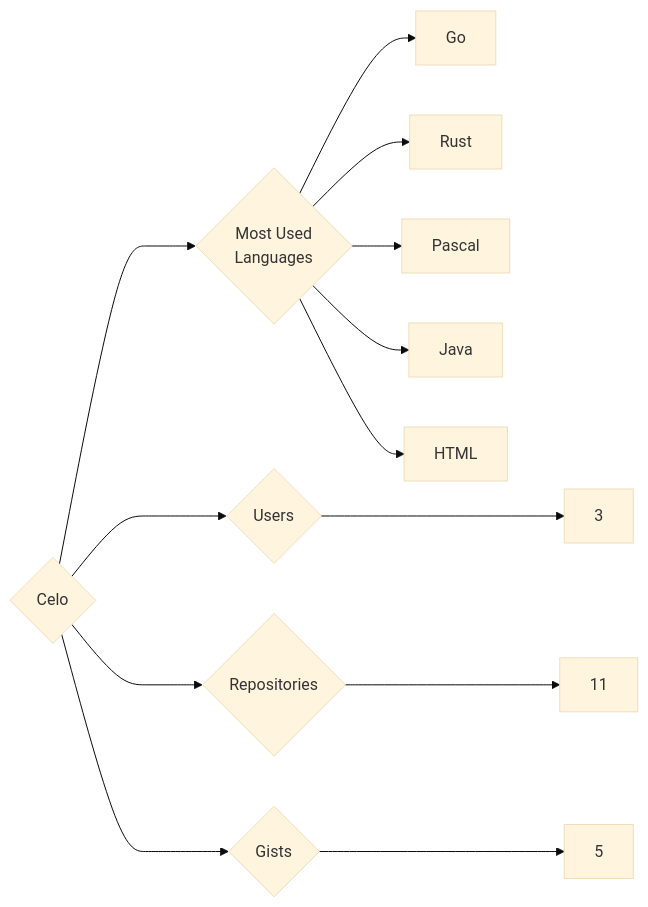
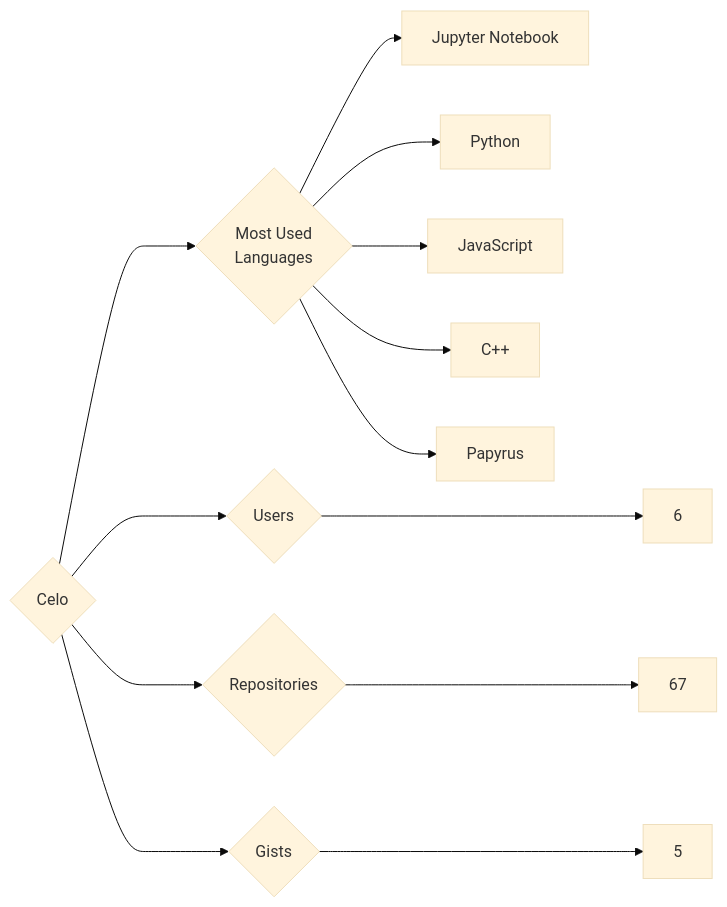
Before and after one commit to trickest/insiders: the diagram in targets/Celo/README.md, drawn with Mermaid (base theme). The commit also changed 748 other files, not shown here.

````diff
--- a/targets/Celo/README.md
+++ b/targets/Celo/README.md
@@ -3,13 +3,13 @@
 ```mermaid
 graph LR
 COMPANY_NAME{Celo}
-COMPANY_NAME ---> U{Users} ---> UN[3]
-COMPANY_NAME ---> R{Repositories} ---> RN[11]
+COMPANY_NAME ---> U{Users} ---> UN[6]
+COMPANY_NAME ---> R{Repositories} ---> RN[67]
 COMPANY_NAME ---> G{Gists} ---> GN[5]
 COMPANY_NAME ---> ML{Most Used<br>Languages}
-ML --> Go[Go]
-ML --> Rust[Rust]
-ML --> Pascal[Pascal]
-ML --> Java[Java]
-ML --> HTML[HTML]
+ML --> Jupyter_Notebook[Jupyter Notebook]
+ML --> Python[Python]
+ML --> JavaScript[JavaScript]
+ML --> C++[C++]
+ML --> Papyrus[Papyrus]
 ```
````
